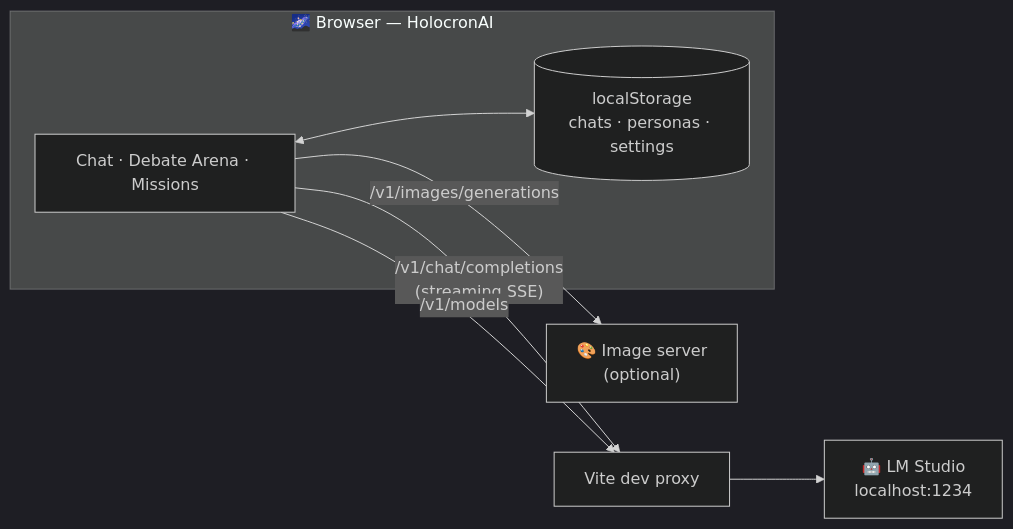
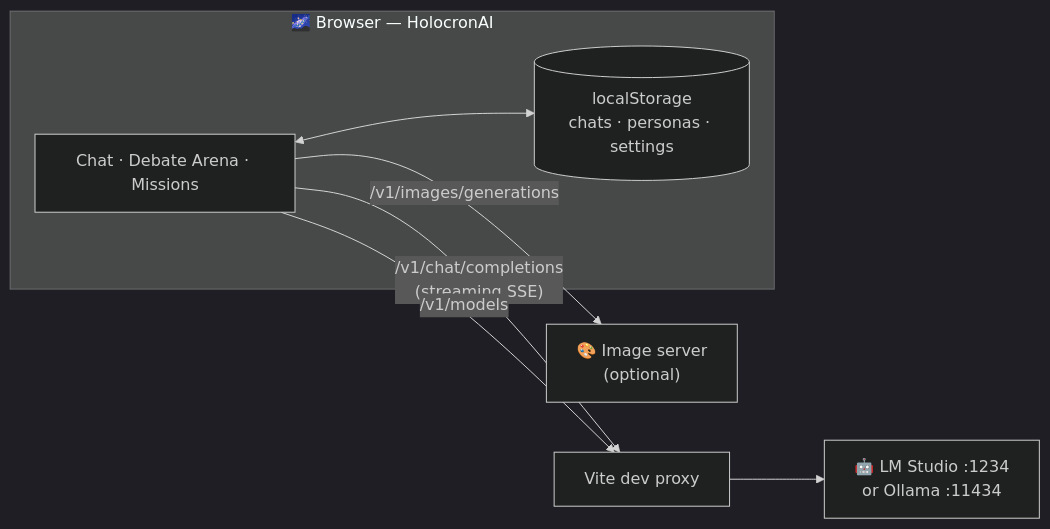
The first of 2 diagrams in README.md (jlthompson96/HolocronAI), drawn with Mermaid (dark theme) before and after one commit. The commit also changed other lines of this file and 11 other files, not shown here.

First line of the commit message:
Add Ollama support alongside LM Studio

````diff
--- a/README.md
+++ b/README.md
@@ -44,12 +45,12 @@
 ```mermaid
 flowchart LR
     subgraph Browser["🌌 Browser — HolocronAI"]
         UI["Chat · Debate Arena · Missions"]
         LS[("localStorage<br/>chats · personas · settings")]
         UI <--> LS
     end
     UI -- "/v1/chat/completions<br/>(streaming SSE)" --> Proxy["Vite dev proxy"]
     UI -- "/v1/models" --> Proxy
-    Proxy --> LLM["🤖 LM Studio<br/>localhost:1234"]
+    Proxy --> LLM["🤖 LM Studio :1234<br/>or Ollama :11434"]
     UI -- "/v1/images/generations" --> IMG["🎨 Image server<br/>(optional)"]
 ```
````
